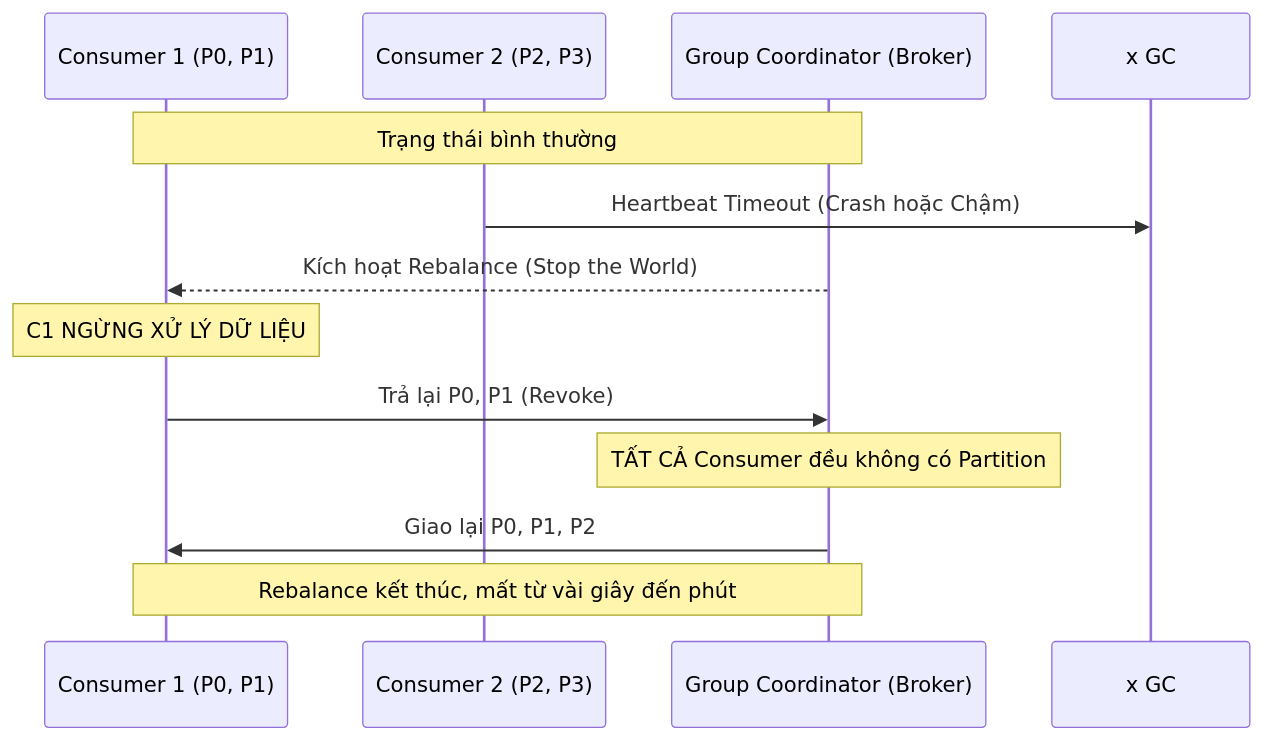
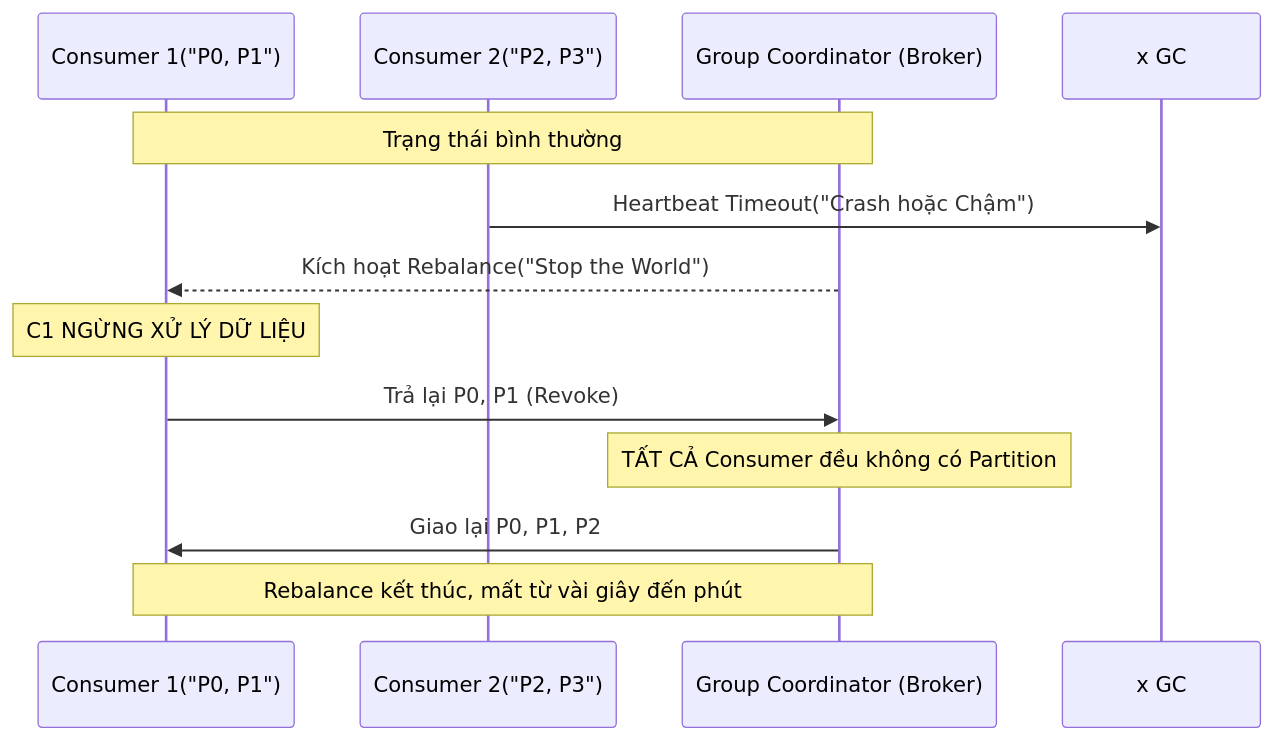
The second of 2 diagrams in src/content/docs/concepts/5-stream-processing-realtime/kafka-consumer-lag-rebalance.md (kythuatdulieu/kythuatdulieu.github.io), drawn with Mermaid before and after one commit. The commit also changed 190 other files, not shown here.

Commit message:
fix: resolve mermaid syntax, math rendering, and metadata issues from content rewrite

````diff
--- a/src/content/docs/concepts/5-stream-processing-realtime/kafka-consumer-lag-rebalance.md
+++ b/src/content/docs/concepts/5-stream-processing-realtime/kafka-consumer-lag-rebalance.md
@@ -60,17 +60,17 @@
 ```mermaid
 sequenceDiagram
-    participant C1 as Consumer 1 (P0, P1)
-    participant C2 as Consumer 2 (P2, P3)
+    participant C1 as Consumer 1("P0, P1")
+    participant C2 as Consumer 2("P2, P3")
     participant GC as Group Coordinator (Broker)
     
     Note over C1, GC: Trạng thái bình thường
-    C2 ->> x GC: Heartbeat Timeout (Crash hoặc Chậm)
-    GC -->> C1: Kích hoạt Rebalance (Stop the World)
+    C2 ->> x GC: Heartbeat Timeout("Crash hoặc Chậm")
+    GC -->> C1: Kích hoạt Rebalance("Stop the World")
     
     Note over C1: C1 NGỪNG XỬ LÝ DỮ LIỆU
     C1 ->> GC: Trả lại P0, P1 (Revoke)
     Note over GC: TẤT CẢ Consumer đều không có Partition
     
     GC ->> C1: Giao lại P0, P1, P2
     Note over C1, GC: Rebalance kết thúc, mất từ vài giây đến phút
 ```
````
